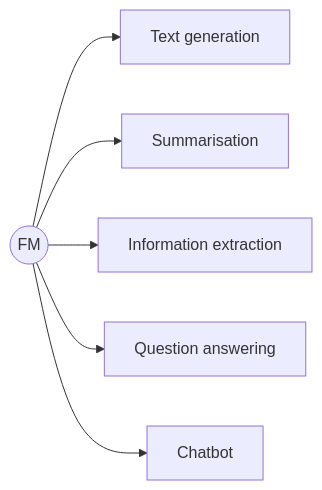
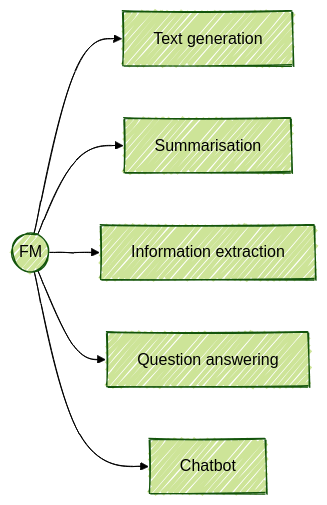
Before and after one commit to ojitha/ojitha.github.io: the first of 4 diagrams in _posts/2025-04-27-AWS-LLM-Basics.md, drawn with Mermaid. The commit also changed other lines of this file, not shown here.

Commit message:
updated with handDrawn

````diff
--- a/_posts/2025-04-27-AWS-LLM-Basics.md
+++ b/_posts/2025-04-27-AWS-LLM-Basics.md
@@ -70,9 +70,14 @@
 ```mermaid
+---
+config:
+  theme: forest
+  look: handDrawn
+---
 flowchart LR
     A((FM)) --> B[Text generation]
     A --> C[Summarisation]
     A --> D[Information extraction]
     A --> E[Question answering]
     A --> F[Chatbot]
 
 ```
````
